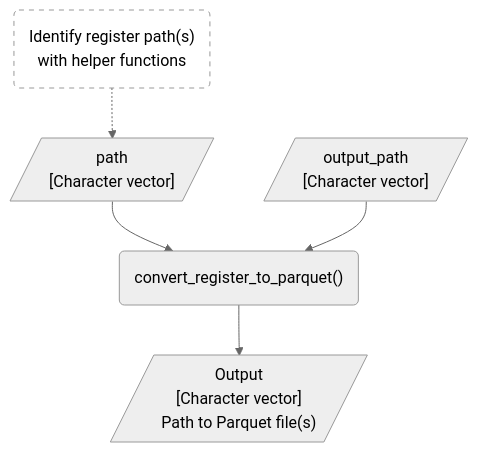
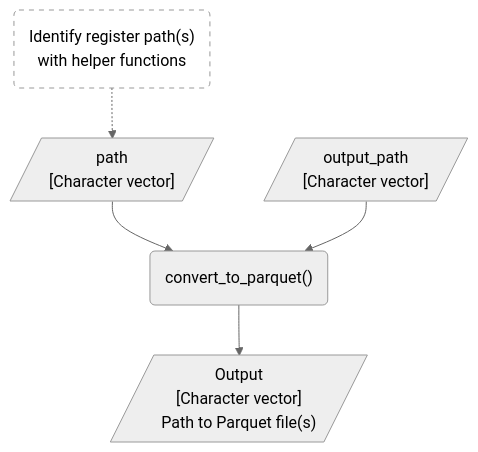
The second of 3 diagrams in vignettes/design.qmd (dp-next/registers2parquet), drawn with Mermaid (neutral theme) before and after one commit.

Commit message:
docs: :memo: remove `register` from the name of the convert function
So it's shorter.

````diff
--- a/vignettes/design.qmd
+++ b/vignettes/design.qmd
@@ -68,21 +68,21 @@
 ```{mermaid}
 %%| label: fig-flow
-%%| fig-cap: "Flow of the expected flow using the `convert_register_to_parquet()` package to convert register SAS files to Parquet files."
-%%| fig-alt: "A flowchart showing the expected flow of converting register SAS files to Parquet files using the `registers2parquet` package. It includes identifying paths to the relevant SAS files using the helper functions, calling the main function `convert_register_to_parquet()`, which then outputs the path to the written Parquet files."
+%%| fig-cap: "Flow of the expected flow using the `convert_to_parquet()` package to convert register SAS files to Parquet files."
+%%| fig-alt: "A flowchart showing the expected flow of converting register SAS files to Parquet files using the `registers2parquet` package. It includes identifying paths to the relevant SAS files using the helper functions, calling the main function `convert_to_parquet()`, which then outputs the path to the written Parquet files."
 flowchart TD
 
     identify_paths("Identify register path(s)<br>with helper functions")
     path[/"path<br>[Character vector]"/]
     output_path[/"output_path<br>[Character vector]"/]
-    convert_register_to_parquet("convert_register_to_parquet()")
+    convert_to_parquet("convert_to_parquet()")
     output[/"Output<br>[Character vector]<br>Path to Parquet file(s)"/]
 
 
     %% Edges
-    identify_paths -.-> path --> convert_register_to_parquet
-    output_path --> convert_register_to_parquet
-    convert_register_to_parquet --> output
+    identify_paths -.-> path --> convert_to_parquet
+    output_path --> convert_to_parquet
+    convert_to_parquet --> output
 
     %% Styling
     style identify_paths fill:#FFFFFF, color:#000000, stroke-dasharray: 5 5
 ```
````
